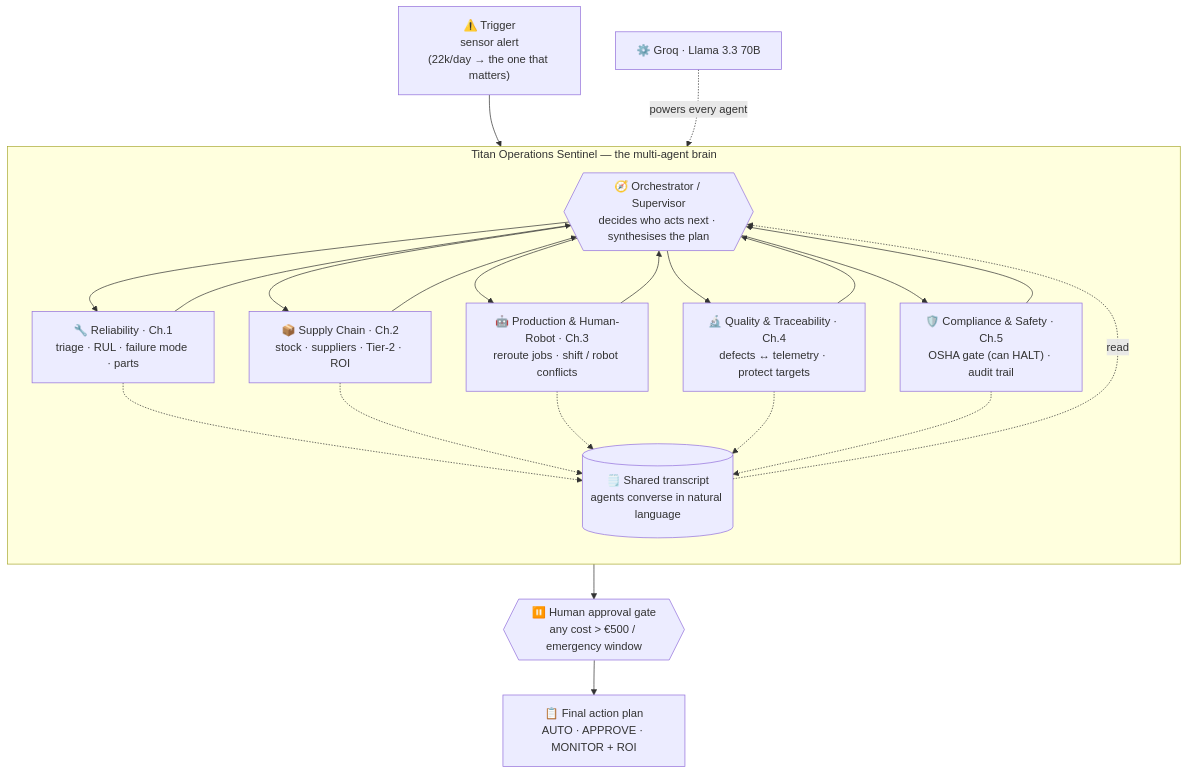
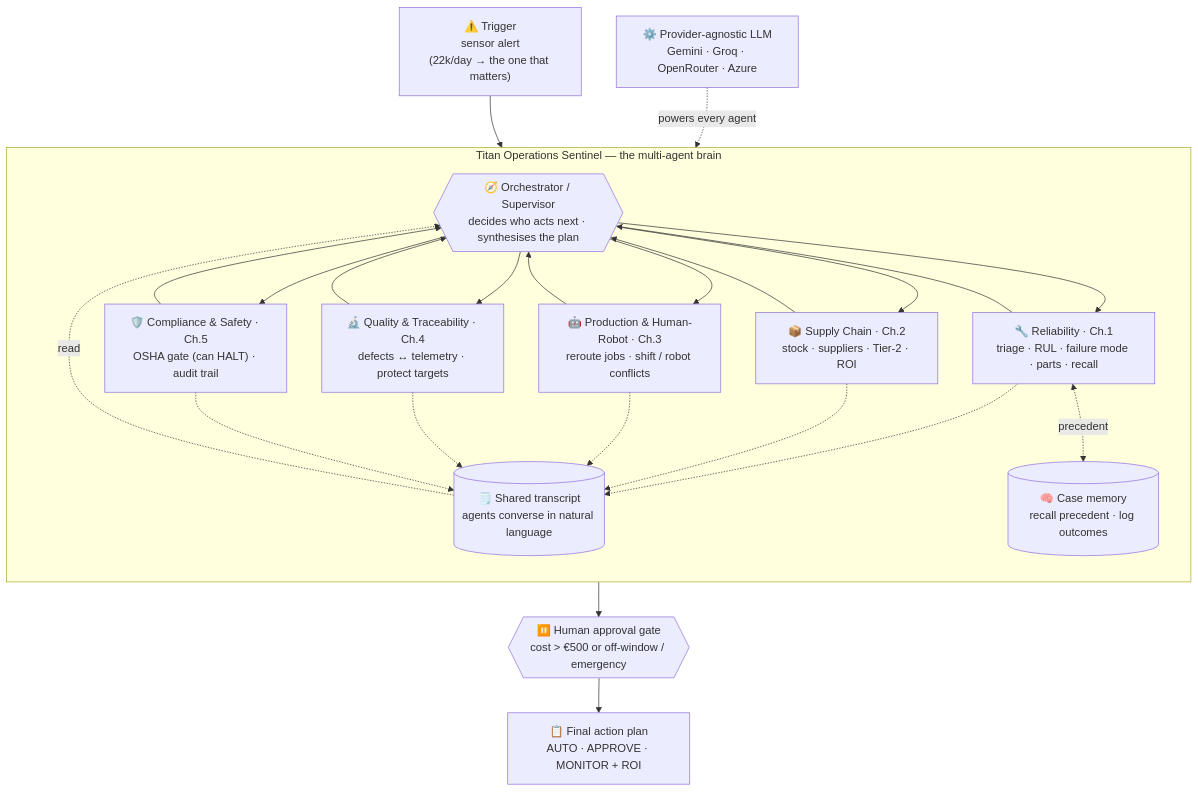
One commit to ma731/Agentic-AI-for-IT changed the diagram in README.md. Above: the diagram before and after it, drawn with Mermaid. The commit also changed other lines of this file and 1 other file, not shown here.

````diff
--- a/README.md
+++ b/README.md
@@ -15,26 +69,28 @@
 ```mermaid
 flowchart TB
     ALERT["⚠️ Trigger<br/>sensor alert<br/>(22k/day → the one that matters)"]
 
     subgraph BRAIN["Titan Operations Sentinel — the multi-agent brain"]
       direction TB
       ORCH{{"🧭 Orchestrator / Supervisor<br/>decides who acts next · synthesises the plan"}}
-      REL["🔧 Reliability · Ch.1<br/>triage · RUL · failure mode · parts"]
+      REL["🔧 Reliability · Ch.1<br/>triage · RUL · failure mode · parts · recall"]
       SUP["📦 Supply Chain · Ch.2<br/>stock · suppliers · Tier-2 · ROI"]
       PRO["🤖 Production & Human-Robot · Ch.3<br/>reroute jobs · shift / robot conflicts"]
       QUA["🔬 Quality & Traceability · Ch.4<br/>defects ↔ telemetry · protect targets"]
       COM["🛡️ Compliance & Safety · Ch.5<br/>OSHA gate (can HALT) · audit trail"]
       TRANS[("🗒️ Shared transcript<br/>agents converse in natural language")]
+      MEM[("🧠 Case memory<br/>recall precedent · log outcomes")]
 
       ORCH --> REL & SUP & PRO & QUA & COM
       REL & SUP & PRO & QUA & COM --> ORCH
       REL & SUP & PRO & QUA & COM -.-> TRANS
       TRANS -.read.-> ORCH
+      REL <-.precedent.-> MEM
     end
 
     ALERT --> ORCH
-    ORCH --> GATE{{"⏸️ Human approval gate<br/>any cost > €500 / emergency window"}}
+    ORCH --> GATE{{"⏸️ Human approval gate<br/>cost > €500 or off-window / emergency"}}
     GATE --> PLAN["📋 Final action plan<br/>AUTO · APPROVE · MONITOR + ROI"]
 
-    MODEL["⚙️ Groq · Llama 3.3 70B"] -. powers every agent .-> BRAIN
+    MODEL["⚙️ Provider-agnostic LLM<br/>Gemini · Groq · OpenRouter · Azure"] -. powers every agent .-> BRAIN
 ```
````
